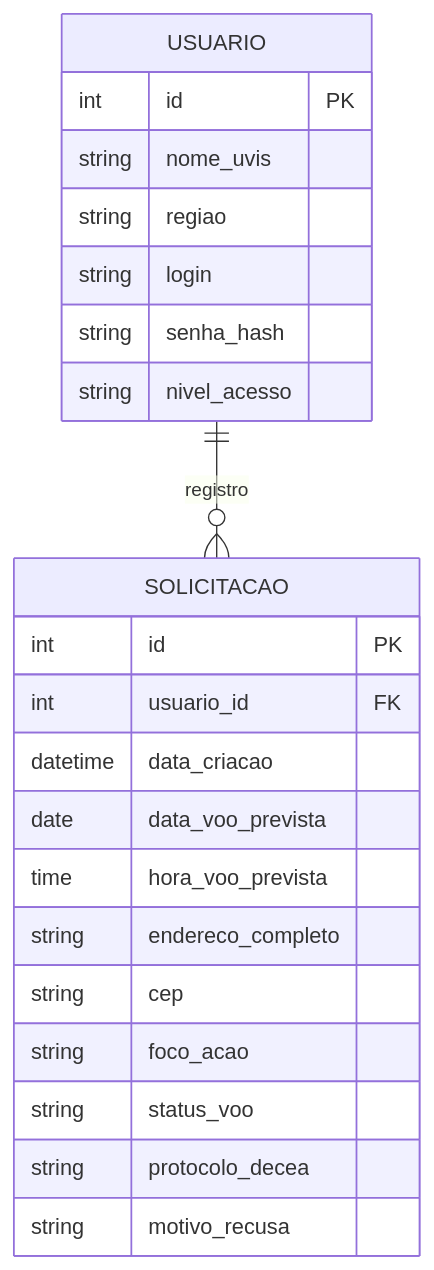
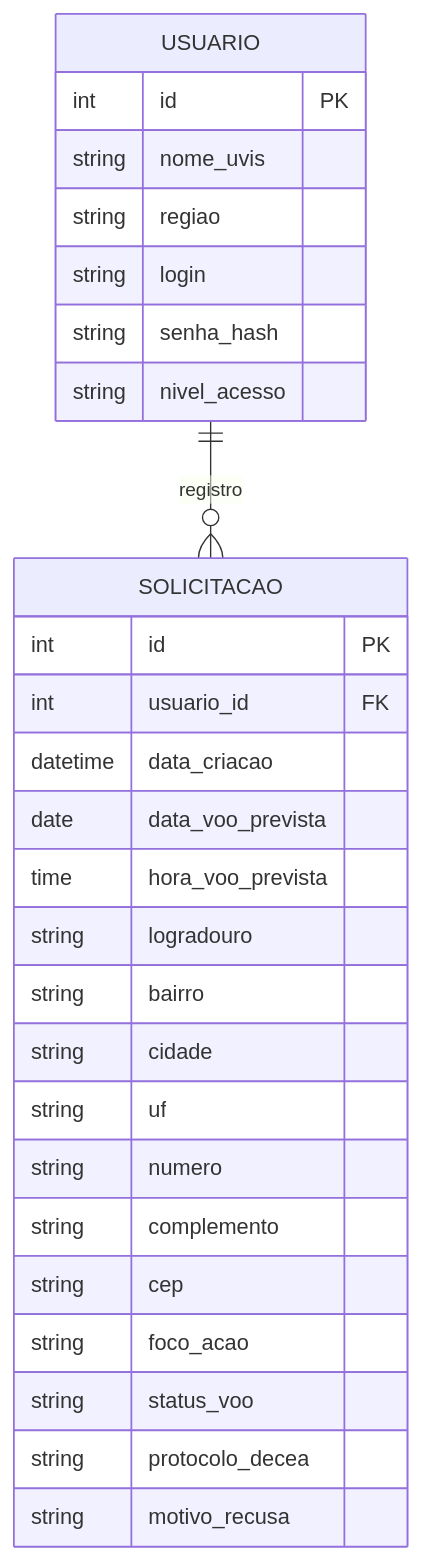
Before and after one commit to pedro-cruzz/IJA-drones-cadastro-endereco: the first of 2 diagrams in README.md, drawn with Mermaid.

Commit message:
Refactor address fields in README.md
Updated address fields in the data model section.

````diff
--- a/README.md
+++ b/README.md
@@ -31,27 +31,33 @@
 ```mermaid
 erDiagram
     USUARIO ||--o{ SOLICITACAO : "registro"
     
     USUARIO {
         int id PK
         string nome_uvis
         string regiao
         string login
         string senha_hash
         string nivel_acesso
     }
 
     SOLICITACAO {
         int id PK
         int usuario_id FK
         datetime data_criacao
         date data_voo_prevista
         time hora_voo_prevista
-        string endereco_completo
+        string logradouro
+        string bairro
+        string cidade
+        string uf
+        string numero
+        string complemento
         string cep
         string foco_acao
         string status_voo
         string protocolo_decea
         string motivo_recusa
     }
+
 ```
````
